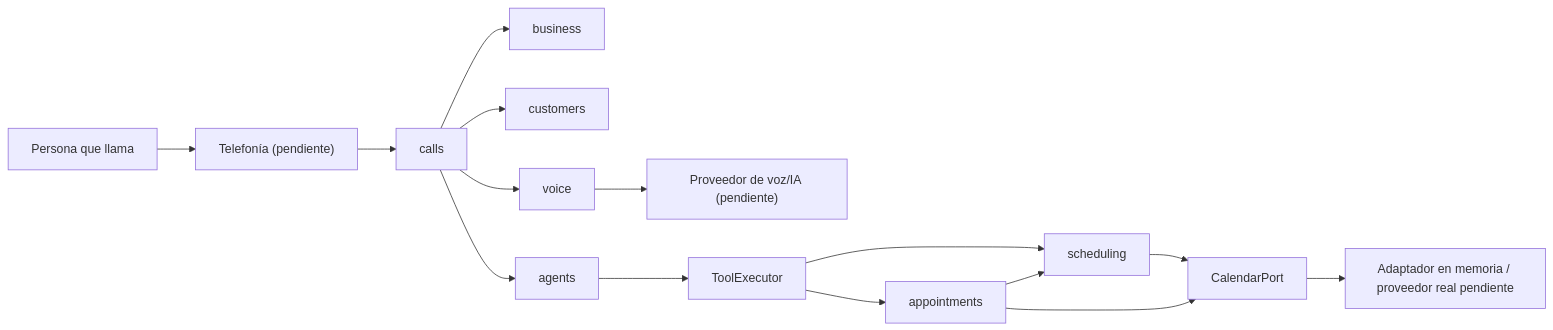
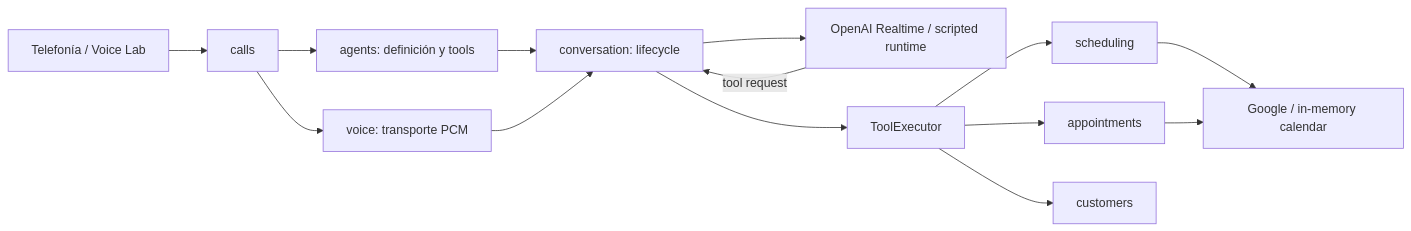
The diagram in docs/ARCHITECTURE.md (AlanCole1234/YIBO_AI_RECEPTIONIST), drawn with Mermaid before and after one commit. The commit also changed other lines of this file and 4 other files, not shown here.

Commit message:
docs: align architecture with executable system

````diff
--- a/docs/ARCHITECTURE.md
+++ b/docs/ARCHITECTURE.md
@@ -17,17 +17,16 @@
 ```mermaid
 flowchart LR
-    Caller["Persona que llama"] --> Tel["Telefonía (pendiente)"]
-    Tel --> Calls["calls"]
-    Calls --> Business["business"]
-    Calls --> Customers["customers"]
-    Calls --> Agents["agents"]
-    Calls --> Voice["voice"]
-    Voice --> VoiceAI["Proveedor de voz/IA (pendiente)"]
-    Agents --> Tools["ToolExecutor"]
-    Tools --> Scheduling["scheduling"]
-    Tools --> Appointments["appointments"]
-    Appointments --> Scheduling
-    Scheduling --> Calendar["CalendarPort"]
-    Appointments --> Calendar
-    Calendar --> Adapter["Adaptador en memoria / proveedor real pendiente"]
+  TEL["Telefonía / Voice Lab"] --> CALLS["calls"]
+  CALLS --> AGENTS["agents: definición y tools"]
+  CALLS --> VOICE["voice: transporte PCM"]
+  AGENTS --> CONV["conversation: lifecycle"]
+  VOICE --> CONV
+  CONV --> RT["OpenAI Realtime / scripted runtime"]
+  RT -->|"tool request"| CONV
+  CONV --> EXEC["ToolExecutor"]
+  EXEC --> SCHED["scheduling"]
+  EXEC --> APPT["appointments"]
+  EXEC --> CUST["customers"]
+  SCHED --> CAL["Google / in-memory calendar"]
+  APPT --> CAL
 ```
````
